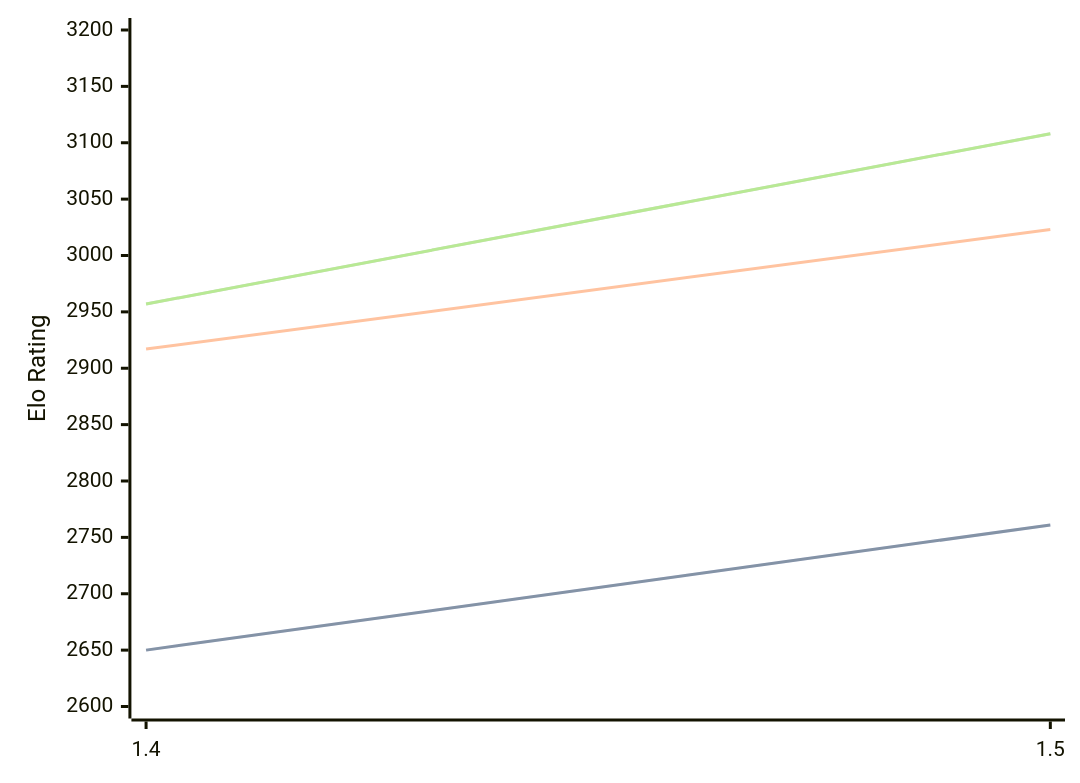
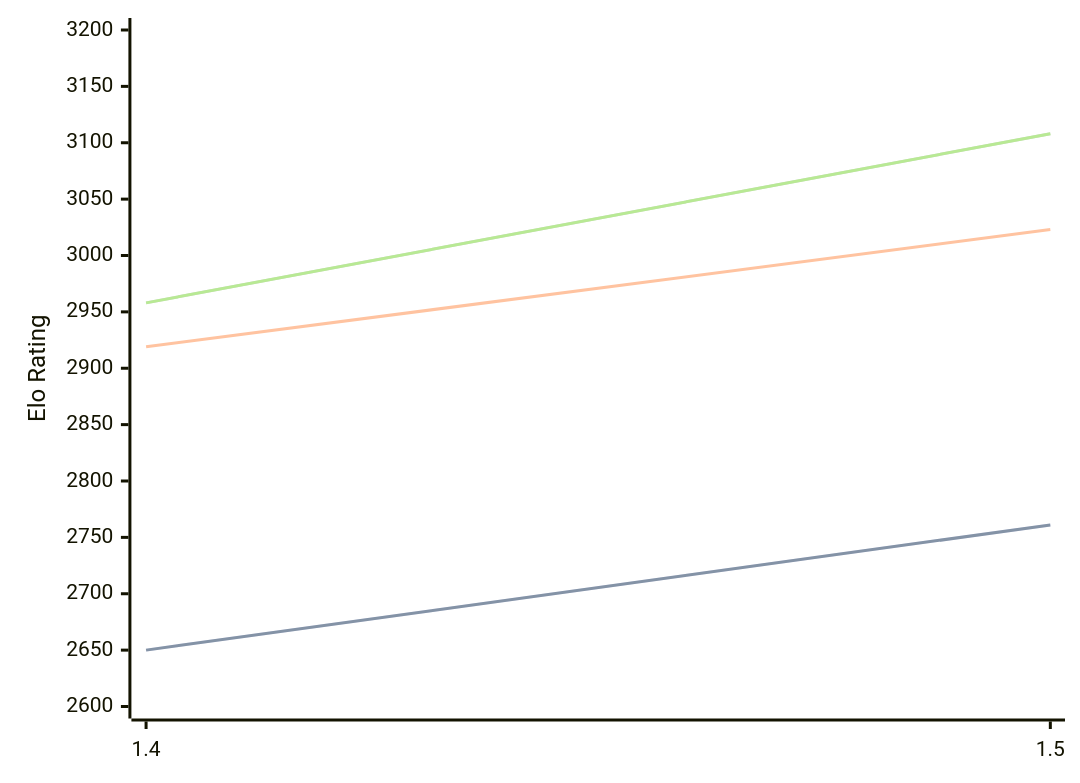
One commit to computer-chess-index/cci changed the diagram in engines/Yakka.md. Above: the diagram before and after it, drawn with Mermaid. The commit also changed other lines of this file, not shown here.

Commit message:
Update CCI Ratings (ELO VLTC) - 2026-08-29

````diff
--- a/engines/Yakka.md
+++ b/engines/Yakka.md
@@ -32,11 +32,11 @@
 ```mermaid
 %%{init: {"theme":"base","themeVariables":{"seriesColors:['#a3a3a3','#222221','#faa371']}}}%%
 xychart-beta
   x-axis ["1.4", "1.5"]
   y-axis "Elo Rating" 2600 --> 3200
   line "" [2650, 2761]
   line "STC (8.0+0.08s)" [2650, 2761]
-  line "LTC (60.0+0.60s)" [2917, 3023]
-  line "" [2957, 3108]
-  line "VLTC (2m24s+1.12s)" [2957, 3108]
+  line "LTC (60.0+0.60s)" [2919, 3023]
+  line "" [2958, 3108]
+  line "VLTC (2m24s+1.12s)" [2958, 3108]
 ```
````
